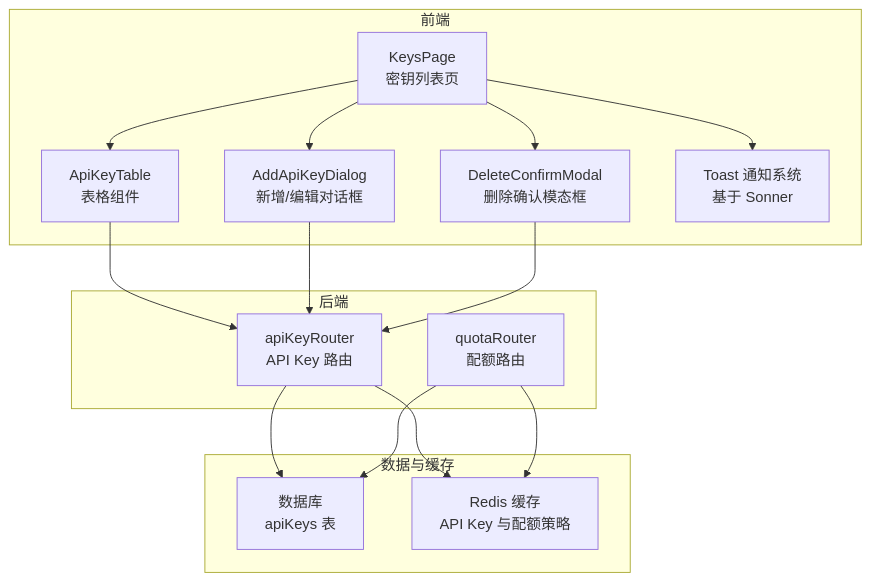
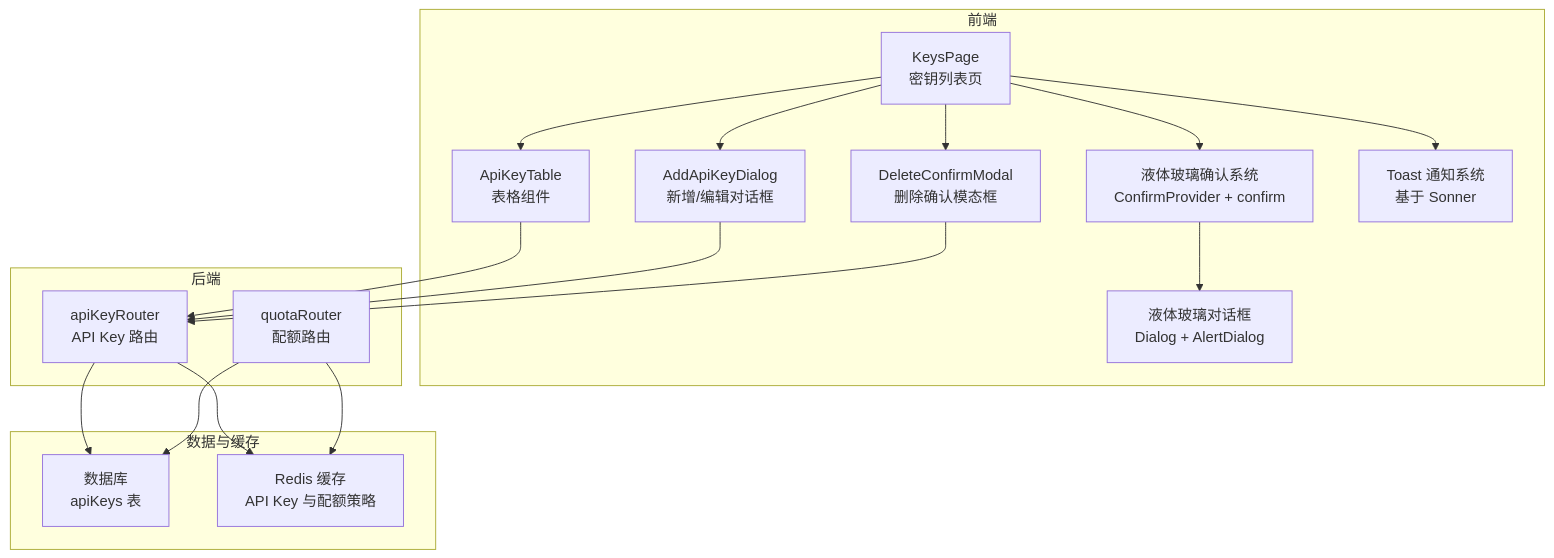
Before and after one commit to RadiumAg/AIGate: the first of 9 diagrams in .qoder/repowiki/zh/content/核心功能/API Key 管理.md, drawn with Mermaid. The commit also changed other lines of this file and 3 other files, not shown here.

````diff
--- a/.qoder/repowiki/zh/content/核心功能/API Key 管理.md
+++ b/.qoder/repowiki/zh/content/核心功能/API Key 管理.md
@@ -51,29 +55,33 @@
 ```mermaid
 graph TB
 subgraph "前端"
 KeysPage["KeysPage<br/>密钥列表页"]
 AddDialog["AddApiKeyDialog<br/>新增/编辑对话框"]
 ApiKeyTable["ApiKeyTable<br/>表格组件"]
 DeleteModal["DeleteConfirmModal<br/>删除确认模态框"]
+ConfirmSystem["液体玻璃确认系统<br/>ConfirmProvider + confirm"]
 ToastSystem["Toast 通知系统<br/>基于 Sonner"]
+LiquidGlassDialog["液体玻璃对话框<br/>Dialog + AlertDialog"]
 end
 subgraph "后端"
 TPRouter["apiKeyRouter<br/>API Key 路由"]
 QuotaRouter["quotaRouter<br/>配额路由"]
 end
 subgraph "数据与缓存"
 DB["数据库<br/>apiKeys 表"]
 Redis["Redis 缓存<br/>API Key 与配额策略"]
 end
 KeysPage --> ApiKeyTable
 KeysPage --> AddDialog
 KeysPage --> DeleteModal
+KeysPage --> ConfirmSystem
 KeysPage --> ToastSystem
 ApiKeyTable --> TPRouter
 AddDialog --> TPRouter
 DeleteModal --> TPRouter
+ConfirmSystem --> LiquidGlassDialog
 TPRouter --> DB
 TPRouter --> Redis
 QuotaRouter --> Redis
 QuotaRouter --> DB
 ```
````
